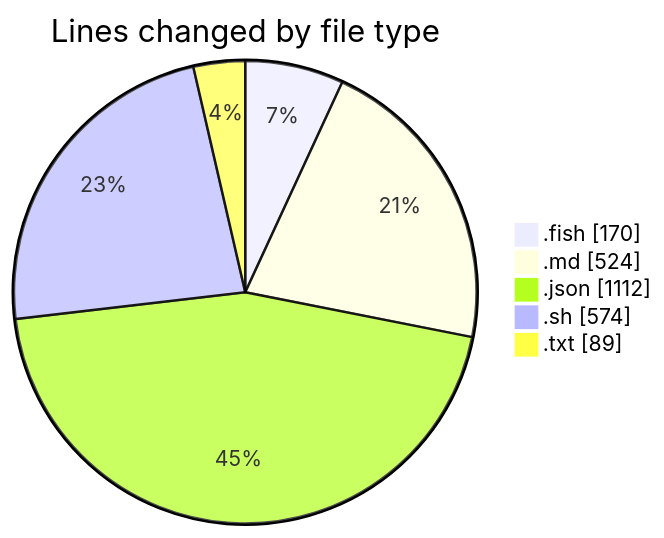
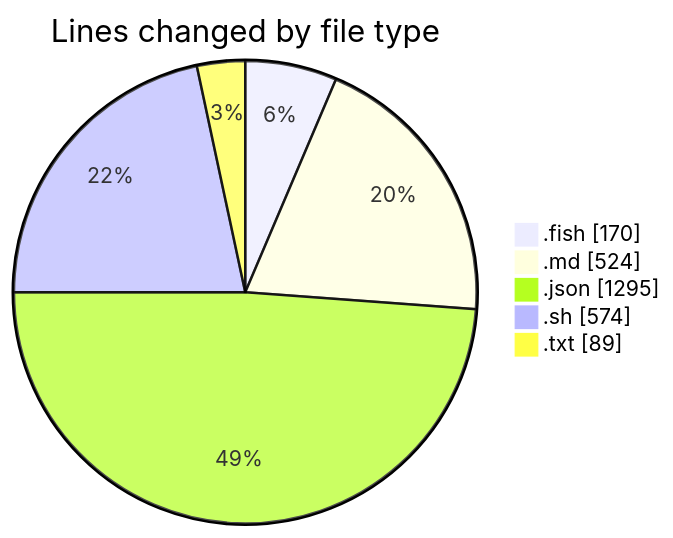
Before and after one commit to EIIisD/code-tracking: the first of 2 diagrams in 2025-07-10/fish/README.md, drawn with Mermaid. The commit also changed other lines of this file and 1 other file, not shown here.

````diff
--- a/2025-07-10/fish/README.md
+++ b/2025-07-10/fish/README.md
@@ -25,9 +26,9 @@
 ```mermaid
 pie showData
 title Lines changed by file type
 ".fish" : 170
 ".md" : 524
-".json" : 1112
+".json" : 1295
 ".sh" : 574
 ".txt" : 89
 ```
````
